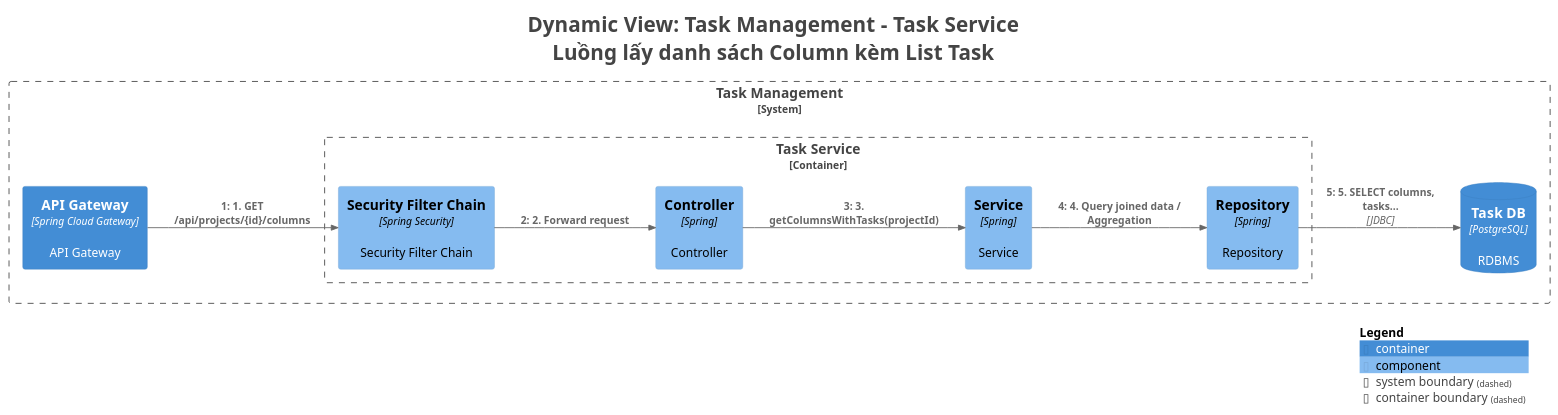
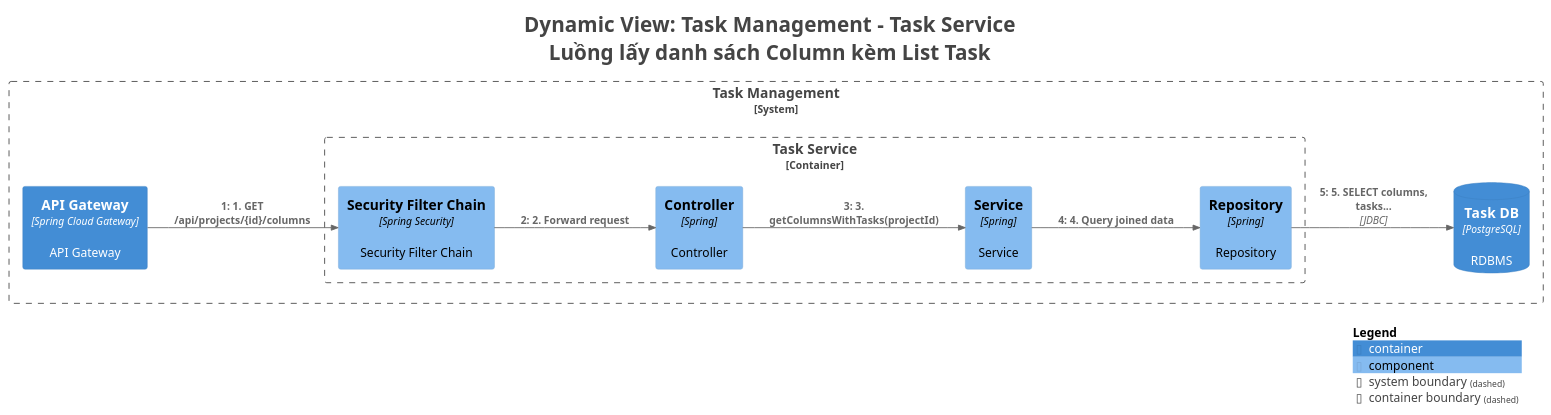
One commit to nguyentin05/task-management changed the diagram in docs/diagrams/sequence/plantuml/structurizr-GetAllColumns.puml. Above: the diagram before and after it, drawn with PlantUML. The commit also changed 22 other files, not shown here.

First line of the commit message:
docs(docs): update deployment, usecase, erd diagrams (#139)

```diff
--- a/docs/diagrams/sequence/plantuml/structurizr-GetAllColumns.puml
+++ b/docs/diagrams/sequence/plantuml/structurizr-GetAllColumns.puml
@@ -1,42 +1,42 @@
 @startuml
 title <size:24>Dynamic View: Task Management - Task Service</size>\n<size:24>Luồng lấy danh sách Column kèm List Task</size>
 
 set separator none
 left to right direction
 
 <style>
   root {
     BackgroundColor: #ffffff
     FontColor: #444444
   }
 </style>
 
 !include <C4/C4>
 !include <C4/C4_Context>
 !include <C4/C4_Container>
 !include <C4/C4_Component>
 
 System_Boundary("TaskManagement_boundary", "Task Management", $tags="") {
   Container_Boundary("TaskManagement.TaskService_boundary", "Task Service", $tags="") {
     Component(TaskManagement.TaskService.SecurityFilterChain, "Security Filter Chain", $techn="Spring Security", $descr="Security Filter Chain", $tags="", $link="")
     Component(TaskManagement.TaskService.Controller, "Controller", $techn="Spring", $descr="Controller", $tags="", $link="")
     Component(TaskManagement.TaskService.Service, "Service", $techn="Spring", $descr="Service", $tags="", $link="")
     Component(TaskManagement.TaskService.Repository, "Repository", $techn="Spring", $descr="Repository", $tags="", $link="")
   }
 
   Container(TaskManagement.APIGateway, "API Gateway", $techn="Spring Cloud Gateway", $descr="API Gateway", $tags="", $link="")
   ContainerDb(TaskManagement.TaskDB, "Task DB", $techn="PostgreSQL", $descr="RDBMS", $tags="", $link="")
 }
 
 Container(TaskManagement.APIGateway, "API Gateway", $techn="Spring Cloud Gateway", $descr="API Gateway", $tags="", $link="")
 ContainerDb(TaskManagement.TaskDB, "Task DB", $techn="PostgreSQL", $descr="RDBMS", $tags="", $link="")
 
 Rel(TaskManagement.APIGateway, TaskManagement.TaskService.SecurityFilterChain, "1: 1. GET /api/projects/{id}/columns", $techn="", $tags="", $link="")
 Rel(TaskManagement.TaskService.SecurityFilterChain, TaskManagement.TaskService.Controller, "2: 2. Forward request", $techn="", $tags="", $link="")
 Rel(TaskManagement.TaskService.Controller, TaskManagement.TaskService.Service, "3: 3. getColumnsWithTasks(projectId)", $techn="", $tags="", $link="")
-Rel(TaskManagement.TaskService.Service, TaskManagement.TaskService.Repository, "4: 4. Query joined data / Aggregation", $techn="", $tags="", $link="")
+Rel(TaskManagement.TaskService.Service, TaskManagement.TaskService.Repository, "4: 4. Query joined data", $techn="", $tags="", $link="")
 Rel(TaskManagement.TaskService.Repository, TaskManagement.TaskDB, "5: 5. SELECT columns, tasks...", $techn="JDBC", $tags="", $link="")
 
 SHOW_LEGEND(true)
 hide stereotypes
 @enduml
```
